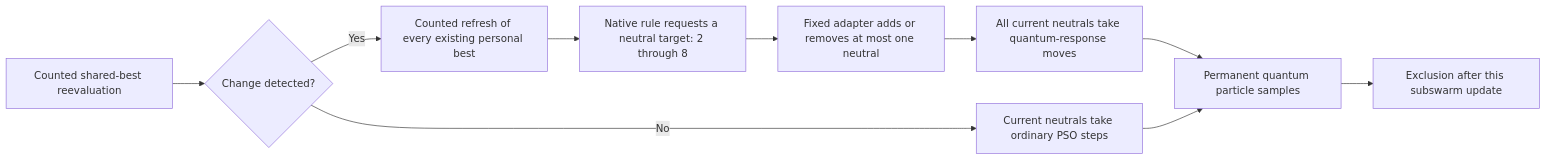
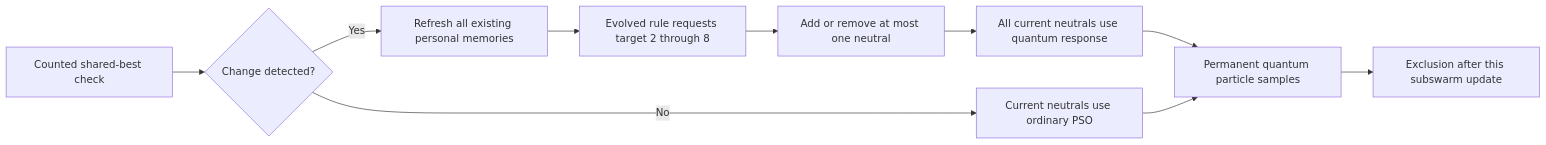
Before and after one commit to ReloadLightly/shinka-adaptive-swarms: the diagram in README.md, drawn with Mermaid. The commit also changed other lines of this file and 1 other file, not shown here.

````diff
--- a/README.md
+++ b/README.md
@@ -187,12 +84,12 @@
 ```mermaid
 flowchart LR
-    C[Counted shared-best reevaluation] --> D{Change detected?}
-    D -->|Yes| R[Counted refresh of every existing personal best]
-    R --> T[Native rule requests a neutral target: 2 through 8]
-    T --> A[Fixed adapter adds or removes at most one neutral]
-    A --> Q[All current neutrals take quantum-response moves]
-    D -->|No| N[Current neutrals take ordinary PSO steps]
+    C[Counted shared-best check] --> D{Change detected?}
+    D -->|Yes| R[Refresh all existing personal memories]
+    R --> T[Evolved rule requests target 2 through 8]
+    T --> A[Add or remove at most one neutral]
+    A --> Q[All current neutrals use quantum response]
+    D -->|No| N[Current neutrals use ordinary PSO]
     Q --> P[Permanent quantum particle samples]
     N --> P
     P --> E[Exclusion after this subswarm update]
 ```
````
